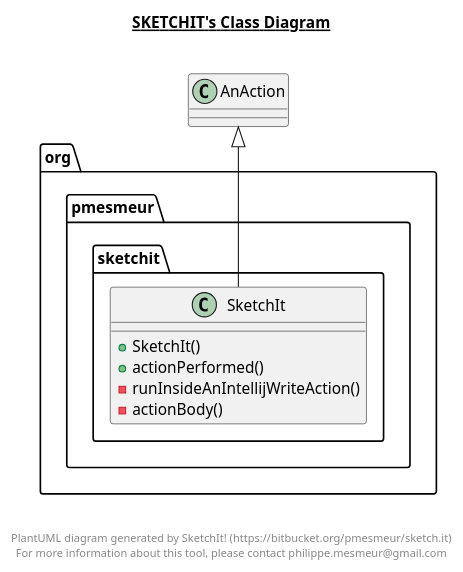
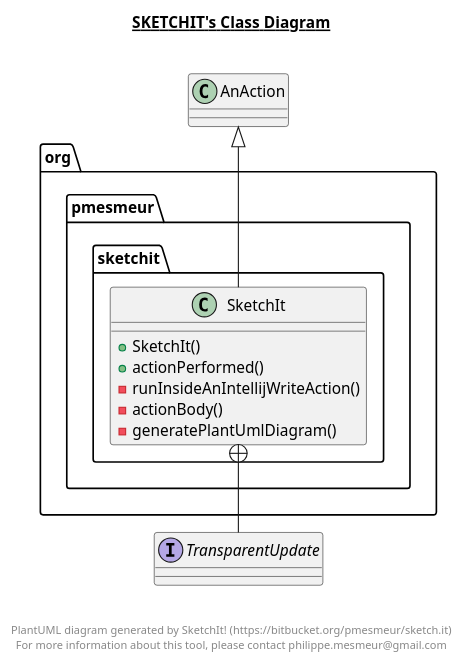
One commit to bigjimlefou/sketch.it changed the diagram in src/org/pmesmeur/sketchit/sketchit.plantuml. Above: the diagram before and after it, drawn with PlantUML. The commit also changed 2 other files, not shown here.

Commit message:
Issue-11: update PlantUML model

```diff
--- a/src/org/pmesmeur/sketchit/sketchit.plantuml
+++ b/src/org/pmesmeur/sketchit/sketchit.plantuml
@@ -1,25 +1,31 @@
 @startuml
 
 title __SKETCHIT's Class Diagram__\n
 
   package org.pmesmeur.sketchit {
     class SketchIt {
         + SketchIt()
         + actionPerformed()
         - runInsideAnIntellijWriteAction()
         - actionBody()
+        - generatePlantUmlDiagram()
     }
   }
   
 
+  interface TransparentUpdate {
+  }
+  
+
   SketchIt -up-|> AnAction
+  SketchIt +-down- TransparentUpdate
 
 
 right footer
 
 
 PlantUML diagram generated by SketchIt! (https://bitbucket.org/pmesmeur/sketch.it)
 For more information about this tool, please contact philippe.mesmeur@gmail.com
 endfooter
 
 @enduml
```
